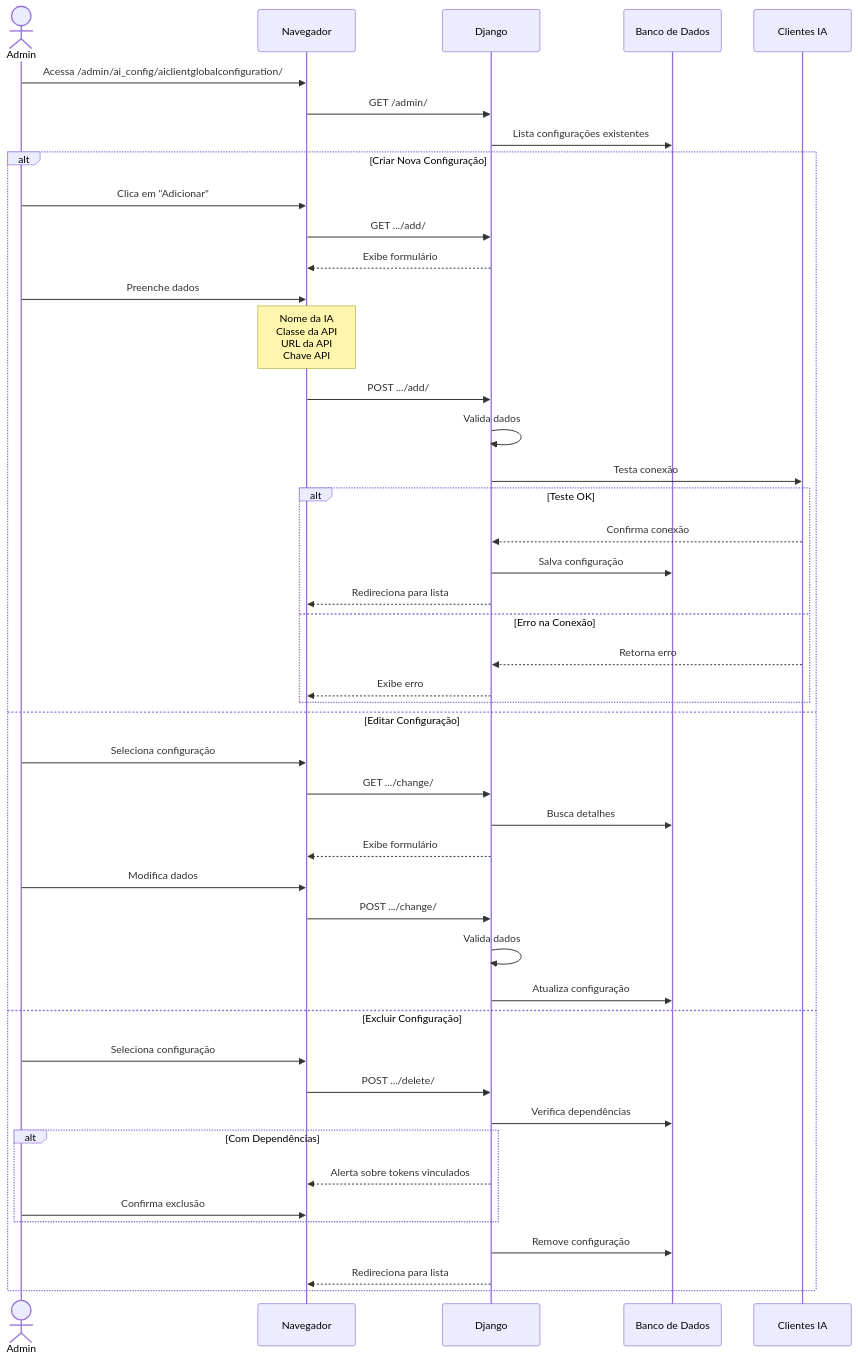
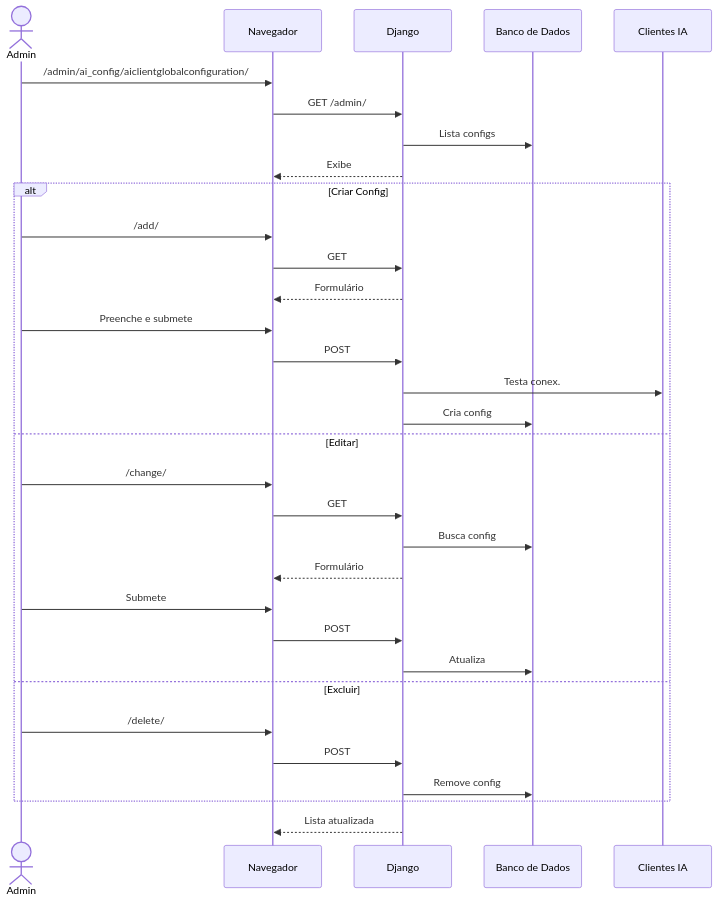
Diagram 19 of 33 in README.md (diegogrosmann/EnsinaNet.AI), drawn with Mermaid before and after one commit. The commit also changed other lines of this file and 52 other files, not shown here.

Commit message:
Remove arquivos desnecessários e adiciona novos módulos; implementa sinais para a API e atualiza exceções personalizadas.

````diff
--- a/README.md
+++ b/README.md
@@ -1102,50 +959,36 @@
 ```mermaid
 sequenceDiagram
     actor A as Admin
     participant N as Navegador
     participant D as Django
     participant DB as Banco de Dados
     participant AI as Clientes IA
 
-    A->>N: Acessa /admin/ai_config/aiclientglobalconfiguration/
+    A->>N: /admin/ai_config/aiclientglobalconfiguration/
     N->>D: GET /admin/
-    D->>DB: Lista configurações existentes
+    D->>DB: Lista configs
+    D-->>N: Exibe
 
-    alt Criar Nova Configuração
-        A->>N: Clica em "Adicionar"
-        N->>D: GET .../add/
-        D-->>N: Exibe formulário
-        A->>N: Preenche dados
-        Note over N: Nome da IA<br>Classe da API<br>URL da API<br>Chave API
-        N->>D: POST .../add/
-        D->>D: Valida dados
-        D->>AI: Testa conexão
-        alt Teste OK
-            AI-->>D: Confirma conexão
-            D->>DB: Salva configuração
-            D-->>N: Redireciona para lista
-        else Erro na Conexão
-            AI-->>D: Retorna erro
-            D-->>N: Exibe erro
-        end
-    else Editar Configuração
-        A->>N: Seleciona configuração
-        N->>D: GET .../change/
-        D->>DB: Busca detalhes
-        D-->>N: Exibe formulário
-        A->>N: Modifica dados
-        N->>D: POST .../change/
-        D->>D: Valida dados
-        D->>DB: Atualiza configuração
-    else Excluir Configuração
-        A->>N: Seleciona configuração
-        N->>D: POST .../delete/
-        D->>DB: Verifica dependências
-        alt Com Dependências
-            D-->>N: Alerta sobre tokens vinculados
-            A->>N: Confirma exclusão
-        end
-        D->>DB: Remove configuração
-        D-->>N: Redireciona para lista
+    alt Criar Config
+        A->>N: /add/
+        N->>D: GET
+        D-->>N: Formulário
+        A->>N: Preenche e submete
+        N->>D: POST
+        D->>AI: Testa conex. 
+        D->>DB: Cria config
+    else Editar
+        A->>N: /change/
+        N->>D: GET
+        D->>DB: Busca config
+        D-->>N: Formulário
+        A->>N: Submete
+        N->>D: POST
+        D->>DB: Atualiza
+    else Excluir
+        A->>N: /delete/
+        N->>D: POST
+        D->>DB: Remove config
     end
+    D-->>N: Lista atualizada
 ```
````
